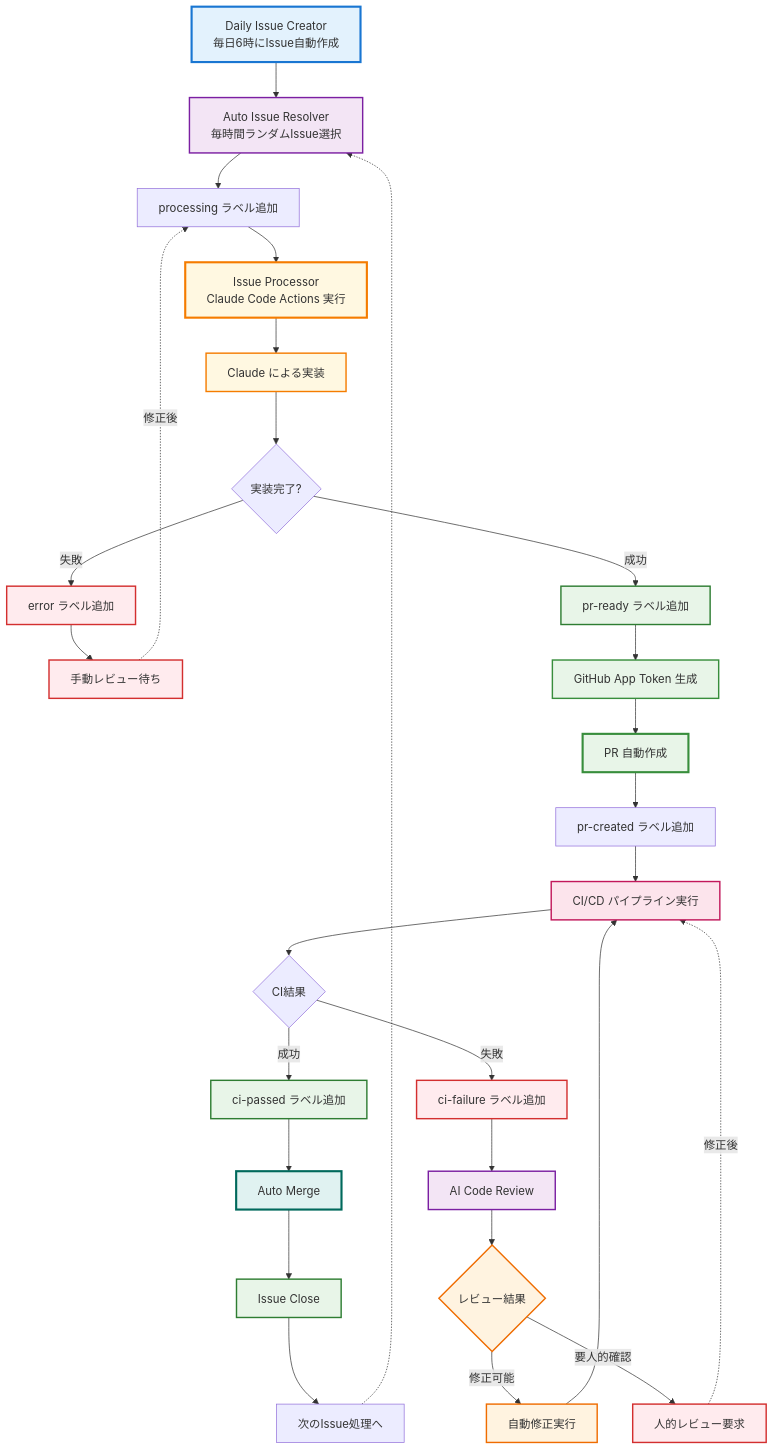
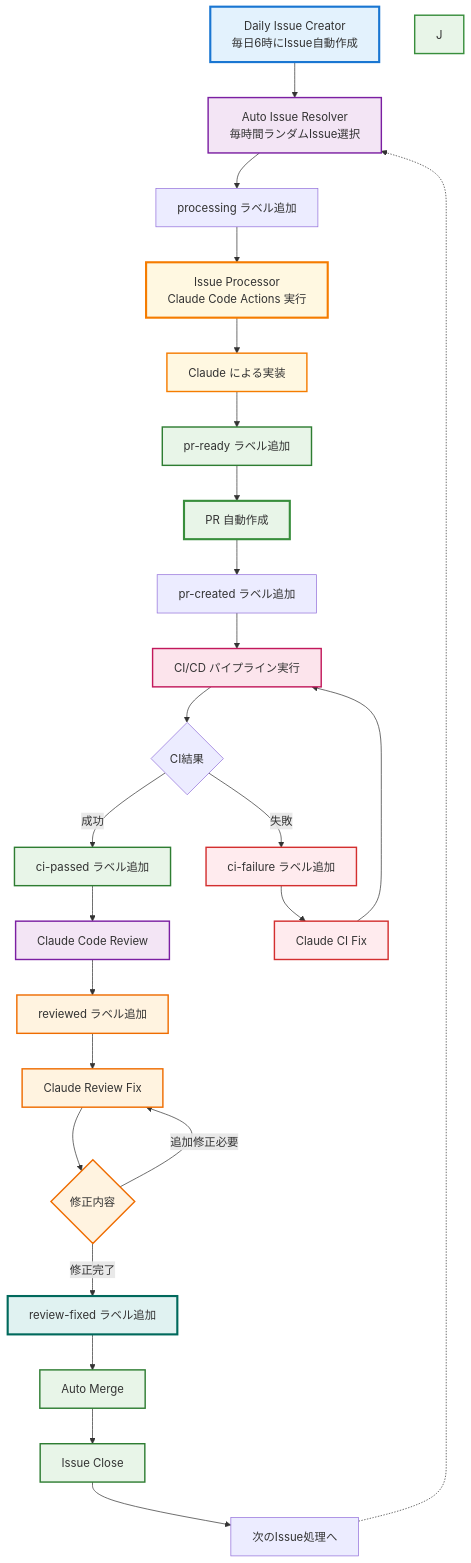
One commit to azumag/cca-auto-workflows changed the first of 2 diagrams in zenn-article.md. Above: the diagram before and after it, drawn with Mermaid. The commit also changed other lines of this file and 2 other files, not shown here.

````diff
--- a/zenn-article.md
+++ b/zenn-article.md
@@ -20,53 +20,50 @@
 ```mermaid
 graph TD
     A["Daily Issue Creator<br/>毎日6時にIssue自動作成"] --> B["Auto Issue Resolver<br/>毎時間ランダムIssue選択"]
     B --> C["processing ラベル追加"]
     C --> D["Issue Processor<br/>Claude Code Actions 実行"]
     D --> E["Claude による実装"]
-    E --> F{"実装完了?"}
-    F -->|成功| G["pr-ready ラベル追加"]
-    F -->|失敗| H["error ラベル追加"]
-    H --> I["手動レビュー待ち"]
-    I -.->|修正後| C
+    E --> G["pr-ready ラベル追加"]
     
-    G --> J["GitHub App Token 生成"]
-    J --> K["PR 自動作成"]
+    G --> K["PR 自動作成"]
     K --> L["pr-created ラベル追加"]
     L --> M["CI/CD パイプライン実行"]
     
     M --> N{"CI結果"}
     N -->|成功| O["ci-passed ラベル追加"]
     N -->|失敗| P["ci-failure ラベル追加"]
     
-    P --> Q["AI Code Review"]
-    Q --> R{"レビュー結果"}
-    R -->|修正可能| S["自動修正実行"]
-    R -->|要人的確認| T["人的レビュー要求"]
+    O --> Q["Claude Code Review"]
+    Q --> R["reviewed ラベル追加"] 
+    R --> S["Claude Review Fix"]
+    S --> T{"修正内容"}
+    T -->|修正完了| U["review-fixed ラベル追加"]
+    T -->|追加修正必要| S
+    U --> V["Auto Merge"]
     
-    S --> M
-    T -.->|修正後| M
+    P --> W["Claude CI Fix"]
+    W --> M
     
-    O --> U["Auto Merge"]
-    U --> V["Issue Close"]
-    V --> W["次のIssue処理へ"]
-    W -.-> B
+    V --> X["Issue Close"]
+    X --> Y["次のIssue処理へ"]
+    Y -.-> B
     
     style A fill:#e3f2fd,stroke:#1976d2,stroke-width:3px
     style B fill:#f3e5f5,stroke:#7b1fa2,stroke-width:2px
     style D fill:#fff8e1,stroke:#f57c00,stroke-width:3px
     style E fill:#fff8e1,stroke:#f57c00,stroke-width:2px
     style J fill:#e8f5e8,stroke:#388e3c,stroke-width:2px
     style K fill:#e8f5e8,stroke:#388e3c,stroke-width:3px
     style M fill:#fce4ec,stroke:#c2185b,stroke-width:2px
     style Q fill:#f3e5f5,stroke:#7b1fa2,stroke-width:2px
     style U fill:#e0f2f1,stroke:#00695c,stroke-width:3px
     
     classDef errorNode fill:#ffebee,stroke:#d32f2f,stroke-width:2px
-    class H,I,P,T errorNode
+    class P,W errorNode
     
     classDef successNode fill:#e8f5e8,stroke:#2e7d32,stroke-width:2px
-    class G,O,V successNode
+    class G,O,U,V,X successNode
     
     classDef reviewNode fill:#fff3e0,stroke:#ef6c00,stroke-width:2px
-    class Q,R,S reviewNode
+    class Q,R,S,T reviewNode
 ```
````
